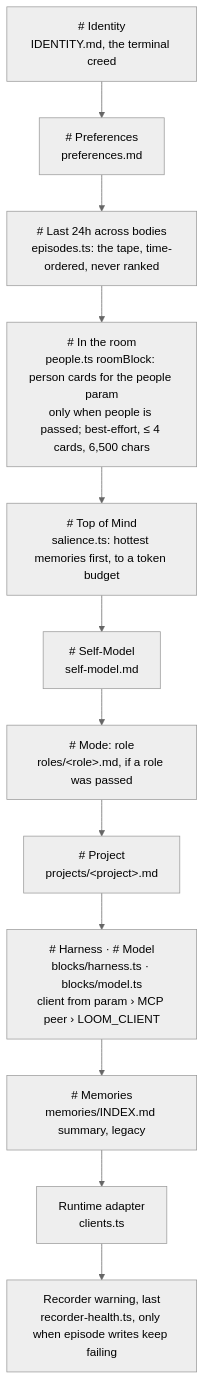
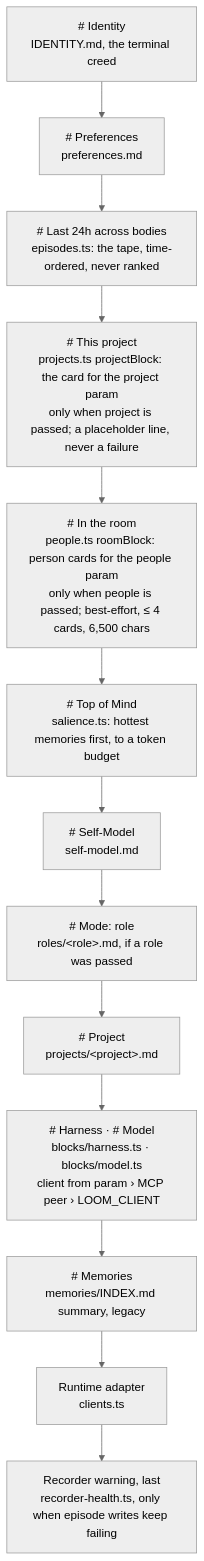
Before and after one commit to sleepunit-agents/loom: the second of 4 diagrams in docs/architecture.md, drawn with Mermaid (neutral theme). The commit also changed other lines of this file and 27 other files, not shown here.

First line of the commit message:
projects: project cards, names, hub core sections, recall resolution, identity block, CLI (t-1740)

````diff
--- a/docs/architecture.md
+++ b/docs/architecture.md
@@ -125,14 +135,15 @@
 ```mermaid
 flowchart TB
   A["# Identity<br/>IDENTITY.md, the terminal creed"] --> B["# Preferences<br/>preferences.md"]
   B --> C["# Last 24h across bodies<br/>episodes.ts: the tape, time-ordered, never ranked"]
-  C --> R2["# In the room<br/>people.ts roomBlock: person cards for the people param<br/>only when people is passed; best-effort, ≤ 4 cards, 6,500 chars"]
+  C --> P2["# This project<br/>projects.ts projectBlock: the card for the project param<br/>only when project is passed; a placeholder line, never a failure"]
+  P2 --> R2["# In the room<br/>people.ts roomBlock: person cards for the people param<br/>only when people is passed; best-effort, ≤ 4 cards, 6,500 chars"]
   R2 --> D["# Top of Mind<br/>salience.ts: hottest memories first, to a token budget"]
   D --> E["# Self-Model<br/>self-model.md"]
   E --> F["# Mode: role<br/>roles/&lt;role&gt;.md, if a role was passed"]
   F --> G["# Project<br/>projects/&lt;project&gt;.md"]
   G --> H2["# Harness · # Model<br/>blocks/harness.ts · blocks/model.ts<br/>client from param › MCP peer › LOOM_CLIENT"]
   H2 --> I["# Memories<br/>memories/INDEX.md summary, legacy"]
   I --> J["Runtime adapter<br/>clients.ts"]
   J --> K["Recorder warning, last<br/>recorder-health.ts, only when episode writes keep failing"]
 ```
````
